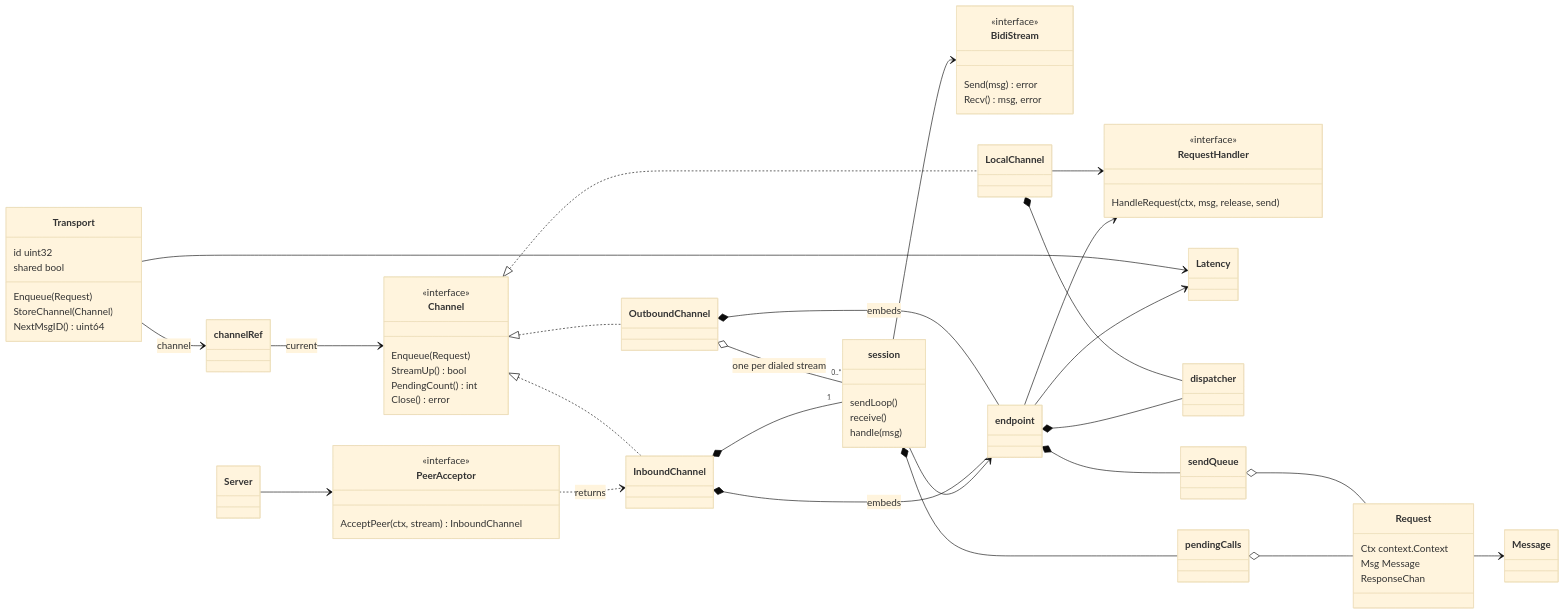
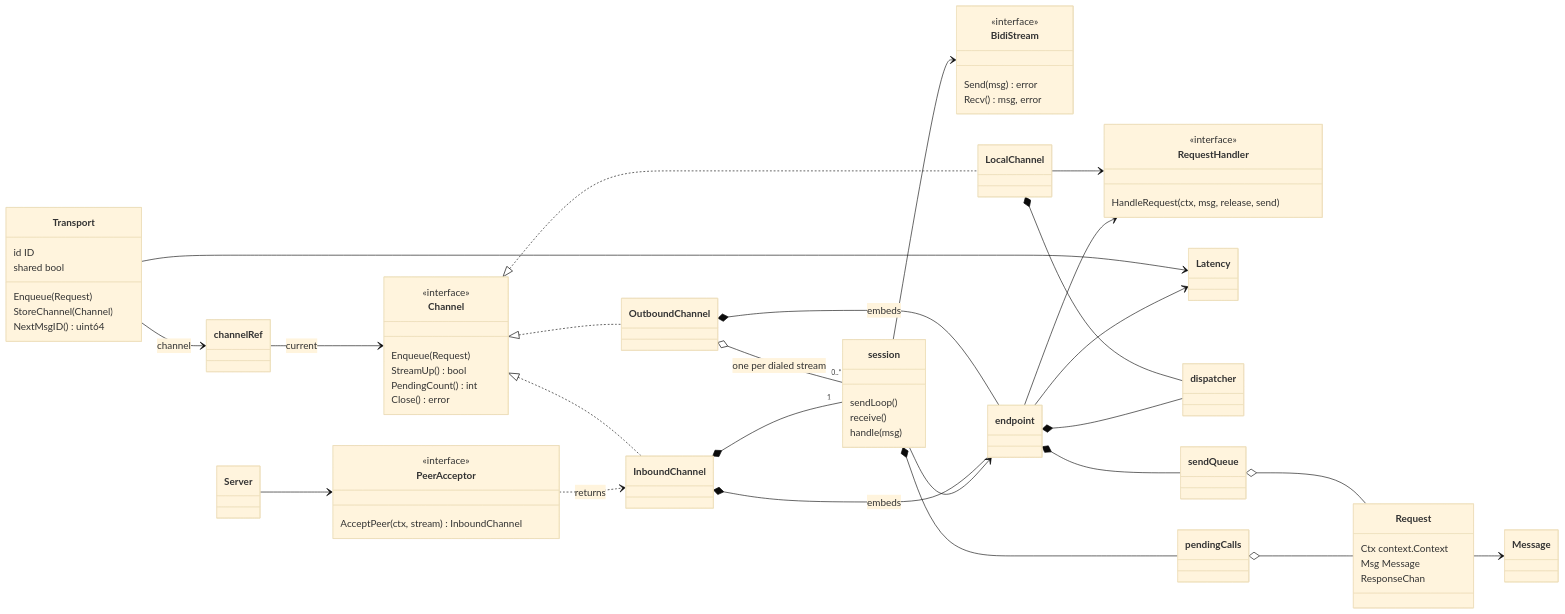
One commit to relab/gorums changed the second of 8 diagrams in doc/dev-guide.md. Above: the diagram before and after it, drawn with Mermaid (base theme). The commit also changed other lines of this file and 26 other files, not shown here.

````diff
--- a/doc/dev-guide.md
+++ b/doc/dev-guide.md
@@ -177,66 +177,66 @@
 ```mermaid
 classDiagram
     direction LR
     class Channel {
         <<interface>>
         Enqueue(Request)
         StreamUp() bool
         PendingCount() int
         Close() error
     }
     class RequestHandler {
         <<interface>>
         HandleRequest(ctx, msg, release, send)
     }
     class BidiStream {
         <<interface>>
         Send(msg) error
         Recv() msg, error
     }
     class PeerAcceptor {
         <<interface>>
         AcceptPeer(ctx, stream) InboundChannel
     }
     class Transport {
-        id uint32
+        id ID
         shared bool
         Enqueue(Request)
         StoreChannel(Channel)
         NextMsgID() uint64
     }
     class session {
         sendLoop()
         receive()
         handle(msg)
     }
     class Request {
         Ctx context.Context
         Msg Message
         ResponseChan
     }
 
     Transport --> channelRef : channel
     Transport --> Latency
     channelRef --> Channel : current
     Channel <|.. OutboundChannel
     Channel <|.. InboundChannel
     Channel <|.. LocalChannel
     OutboundChannel *-- endpoint : embeds
     InboundChannel *-- endpoint : embeds
     OutboundChannel o-- "0..*" session : one per dialed stream
     InboundChannel *-- "1" session
     LocalChannel --> RequestHandler
     LocalChannel *-- dispatcher
     session --> endpoint
     session --> BidiStream
     session *-- pendingCalls
     endpoint *-- sendQueue
     endpoint *-- dispatcher
     endpoint --> RequestHandler
     endpoint --> Latency
     sendQueue o-- Request
     pendingCalls o-- Request
     Request --> Message
     Server --> PeerAcceptor
     PeerAcceptor ..> InboundChannel : returns
 ```
````
